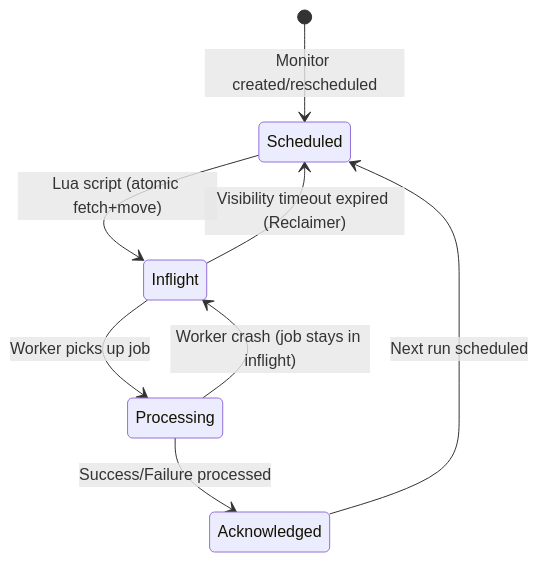
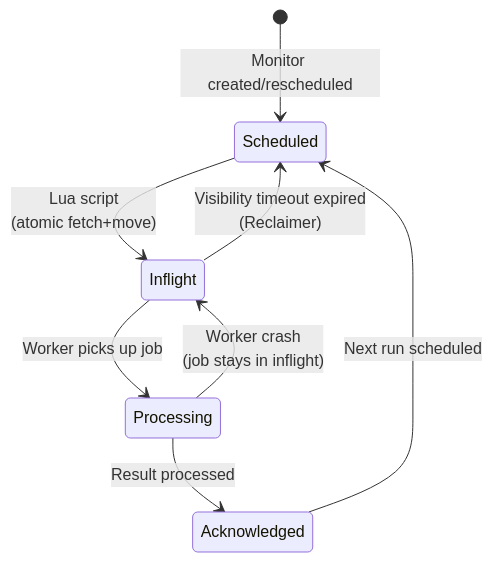
Before and after one commit to ashishDevv/monit: the fourth of 5 diagrams in README.md, drawn with Mermaid. The commit also changed other lines of this file, not shown here.

````diff
--- a/README.md
+++ b/README.md
@@ -295,10 +336,17 @@
 ```mermaid
 stateDiagram-v2
-    [*] --> Scheduled: Monitor created/rescheduled
-    Scheduled --> Inflight: Lua script (atomic fetch+move)
-    Inflight --> Processing: Worker picks up job
-    Processing --> Acknowledged: Success/Failure processed
-    Acknowledged --> Scheduled: Next run scheduled
-    Inflight --> Scheduled: Visibility timeout expired (Reclaimer)
-    Processing --> Inflight: Worker crash (job stays in inflight)
+
+[*] --> Scheduled: Monitor created/rescheduled
+
+Scheduled --> Inflight: Lua script<br/>(atomic fetch+move)
+
+Inflight --> Processing: Worker picks up job
+
+Processing --> Acknowledged: Result processed
+
+Acknowledged --> Scheduled: Next run scheduled
+
+Inflight --> Scheduled: Visibility timeout expired<br/>(Reclaimer)
+
+Processing --> Inflight: Worker crash<br/>(job stays in inflight)
 ```
````
